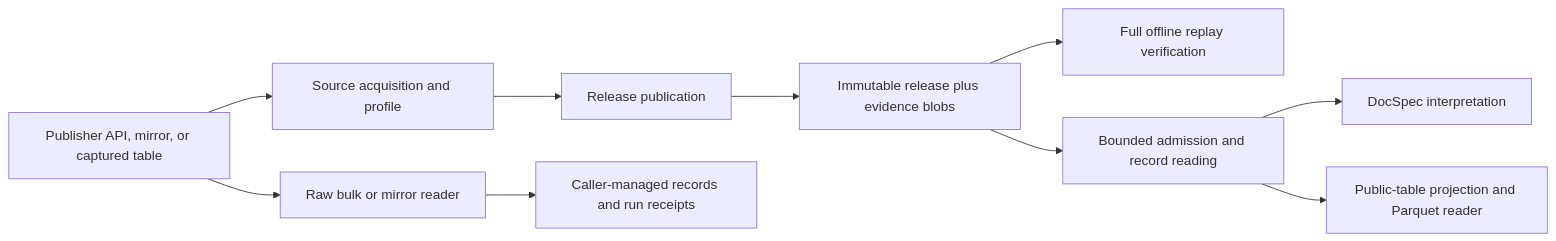
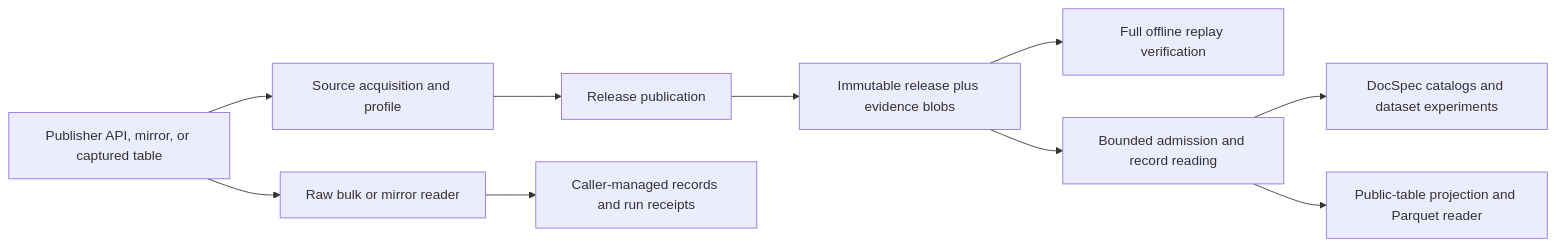
The diagram in docs/architecture.md (civictechdc/spicy-docs), drawn with Mermaid before and after one commit. The commit also changed other lines of this file and 26 other files, not shown here.

````diff
--- a/docs/architecture.md
+++ b/docs/architecture.md
@@ -7,12 +7,12 @@
 ```mermaid
 flowchart LR
   A[Publisher API, mirror, or captured table] --> B[Source acquisition and profile]
   B --> C[Release publication]
   C --> D[Immutable release plus evidence blobs]
   D --> E[Full offline replay verification]
   D --> F[Bounded admission and record reading]
-  F --> G[DocSpec interpretation]
+  F --> G[DocSpec catalogs and dataset experiments]
   F --> H[Public-table projection and Parquet reader]
   A --> I[Raw bulk or mirror reader]
   I --> J[Caller-managed records and run receipts]
 ```
````
